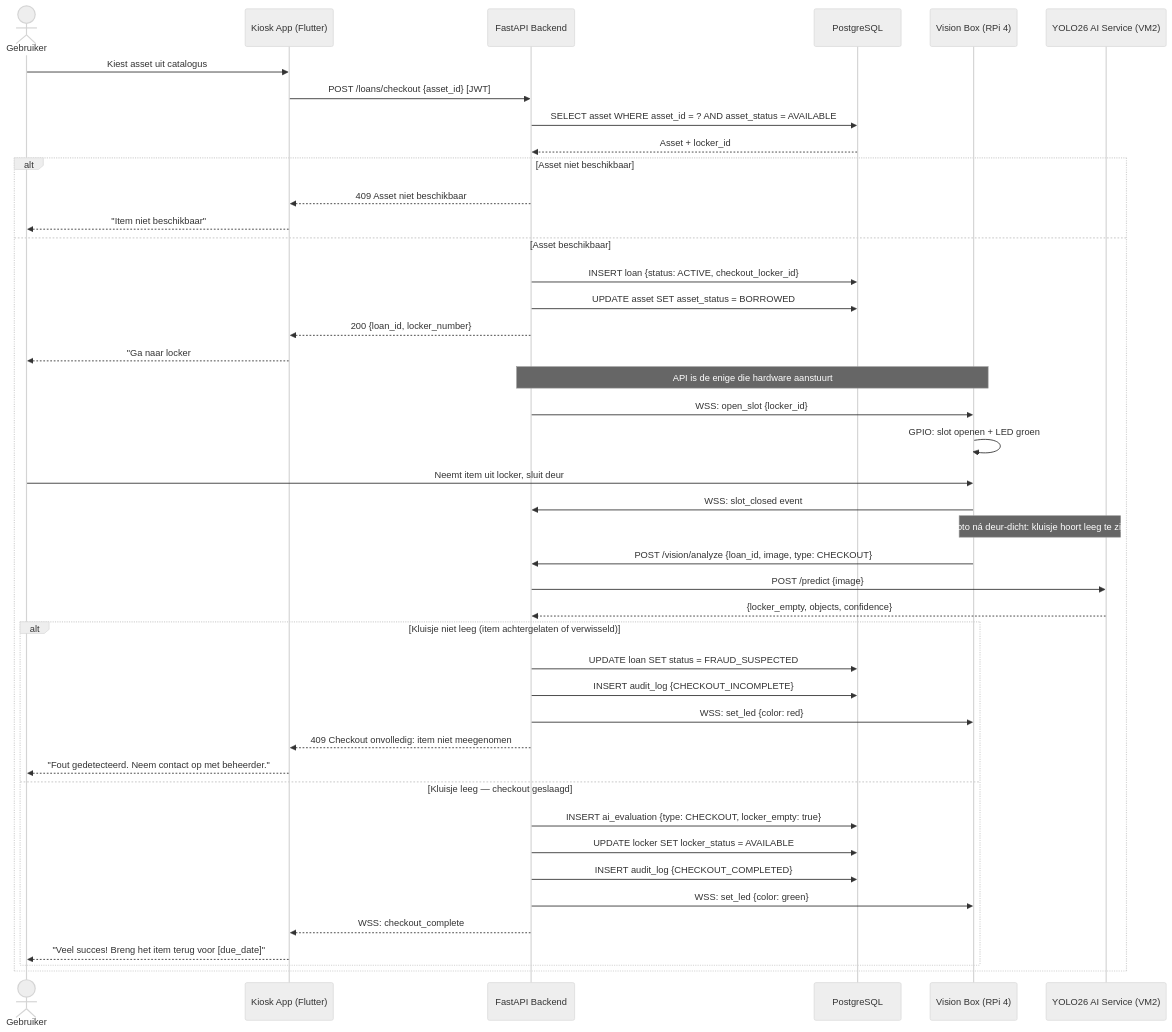
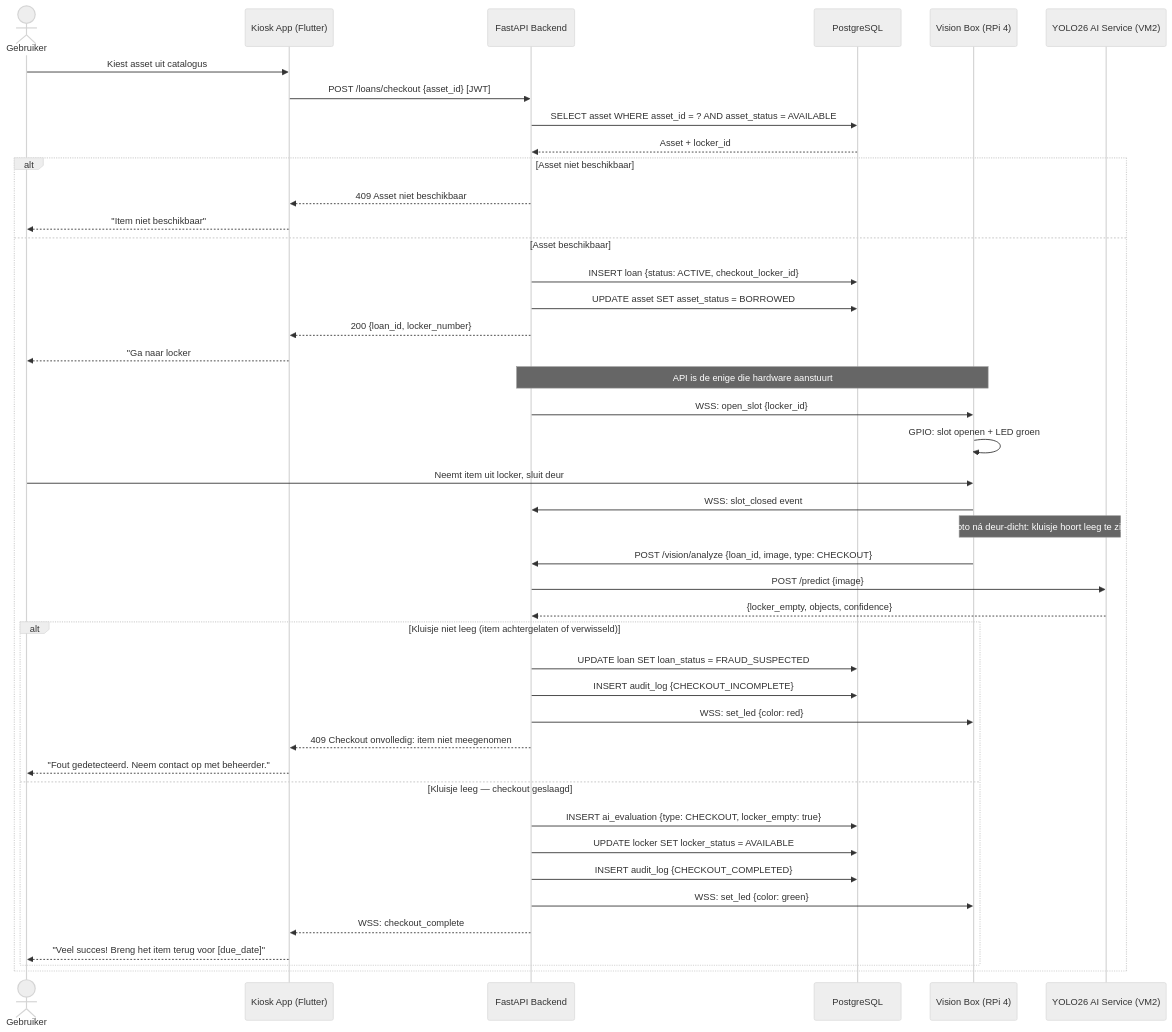
The second of 4 diagrams in docs/workflows.md (easylend-practice-enterprise/easylend), drawn with Mermaid (neutral theme) before and after one commit. The commit also changed other lines of this file and 3 other files, not shown here.

````diff
--- a/docs/workflows.md
+++ b/docs/workflows.md
@@ -68,51 +68,51 @@
 ```mermaid
 sequenceDiagram
     actor User as Gebruiker
     participant App as Kiosk App (Flutter)
     participant API as FastAPI Backend
     participant DB as PostgreSQL
     participant VB as Vision Box (RPi 4)
     participant AI as YOLO26 AI Service (VM2)
 
     User->>App: Kiest asset uit catalogus
     App->>API: POST /loans/checkout {asset_id} [JWT]
     API->>DB: SELECT asset WHERE asset_id = ? AND asset_status = AVAILABLE
     DB-->>API: Asset + locker_id
 
     alt Asset niet beschikbaar
         API-->>App: 409 Asset niet beschikbaar
         App-->>User: "Item niet beschikbaar"
     else Asset beschikbaar
         API->>DB: INSERT loan {status: ACTIVE, checkout_locker_id}
         API->>DB: UPDATE asset SET asset_status = BORROWED
         API-->>App: 200 {loan_id, locker_number}
         App-->>User: "Ga naar locker #N"
 
         Note over API,VB: API is de enige die hardware aanstuurt
         API->>VB: WSS: open_slot {locker_id}
         VB->>VB: GPIO: slot openen + LED groen
 
         User->>VB: Neemt item uit locker, sluit deur
         VB->>API: WSS: slot_closed event
 
         Note over VB,AI: Foto ná deur-dicht: kluisje hoort leeg te zijn
         VB->>API: POST /vision/analyze {loan_id, image, type: CHECKOUT}
         API->>AI: POST /predict {image}
         AI-->>API: {locker_empty, objects, confidence}
 
         alt Kluisje niet leeg (item achtergelaten of verwisseld)
-            API->>DB: UPDATE loan SET status = FRAUD_SUSPECTED
+            API->>DB: UPDATE loan SET loan_status = FRAUD_SUSPECTED
             API->>DB: INSERT audit_log {CHECKOUT_INCOMPLETE}
             API->>VB: WSS: set_led {color: red}
             API-->>App: 409 Checkout onvolledig: item niet meegenomen
             App-->>User: "Fout gedetecteerd. Neem contact op met beheerder."
         else Kluisje leeg — checkout geslaagd
             API->>DB: INSERT ai_evaluation {type: CHECKOUT, locker_empty: true}
             API->>DB: UPDATE locker SET locker_status = AVAILABLE
             API->>DB: INSERT audit_log {CHECKOUT_COMPLETED}
             API->>VB: WSS: set_led {color: green}
             API-->>App: WSS: checkout_complete
             App-->>User: "Veel succes! Breng het item terug voor [due_date]"
         end
     end
 ```
````
